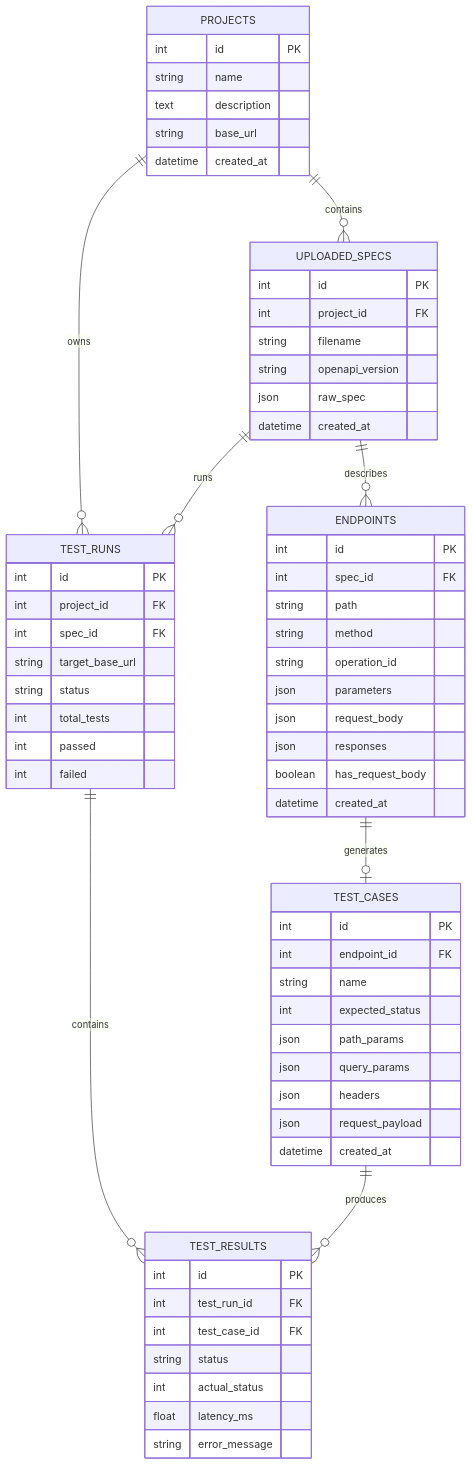
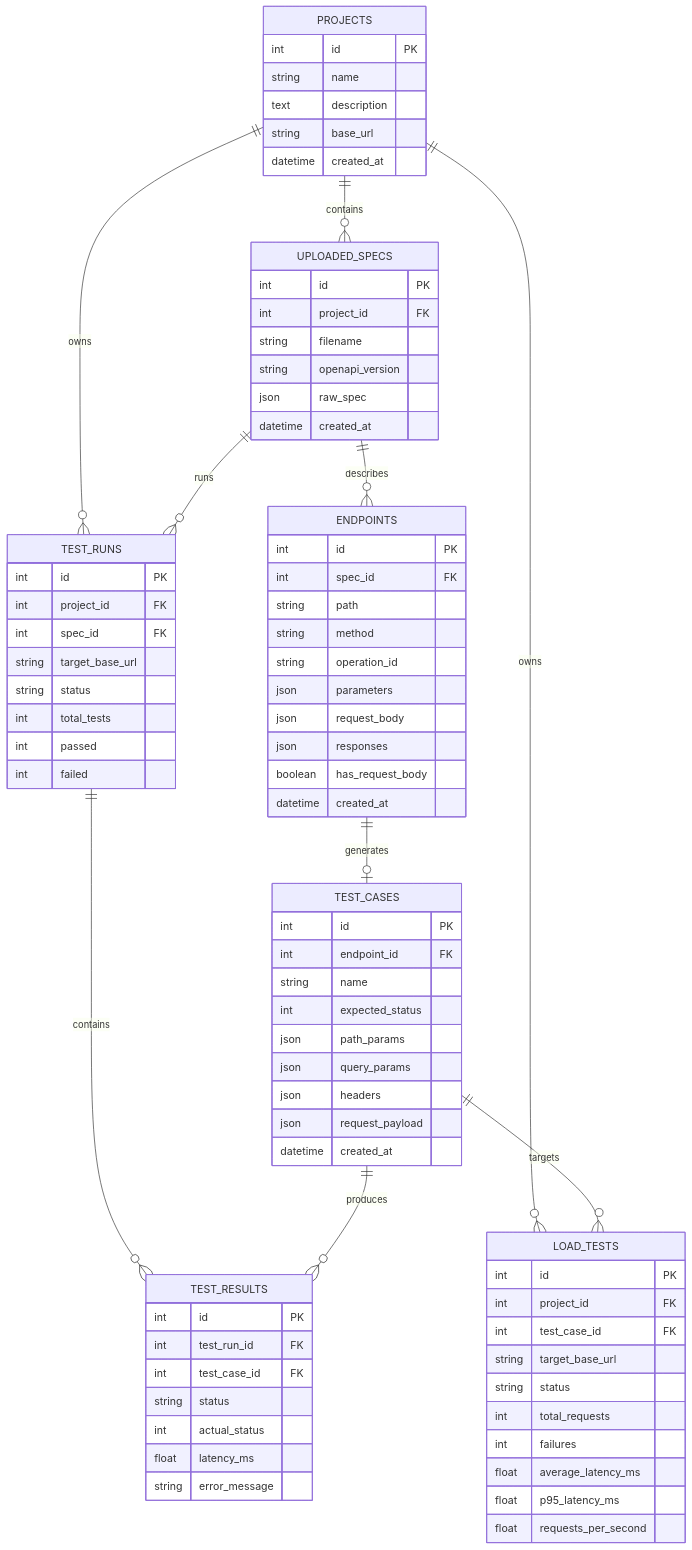
One commit to AdityaT360/specpulse changed the second of 3 diagrams in ARCHITECTURE.md. Above: the diagram before and after it, drawn with Mermaid. The commit also changed other lines of this file and 16 other files, not shown here.

````diff
--- a/ARCHITECTURE.md
+++ b/ARCHITECTURE.md
@@ -60,68 +67,82 @@
 ```mermaid
 erDiagram
     PROJECTS {
         int id PK
         string name
         text description
         string base_url
         datetime created_at
     }
     UPLOADED_SPECS {
         int id PK
         int project_id FK
         string filename
         string openapi_version
         json raw_spec
         datetime created_at
     }
     ENDPOINTS {
         int id PK
         int spec_id FK
         string path
         string method
         string operation_id
         json parameters
         json request_body
         json responses
         boolean has_request_body
         datetime created_at
     }
     TEST_CASES {
         int id PK
         int endpoint_id FK
         string name
         int expected_status
         json path_params
         json query_params
         json headers
         json request_payload
         datetime created_at
     }
     TEST_RUNS {
         int id PK
         int project_id FK
         int spec_id FK
         string target_base_url
         string status
         int total_tests
         int passed
         int failed
     }
     TEST_RESULTS {
         int id PK
         int test_run_id FK
         int test_case_id FK
         string status
         int actual_status
         float latency_ms
         string error_message
     }
+    LOAD_TESTS {
+        int id PK
+        int project_id FK
+        int test_case_id FK
+        string target_base_url
+        string status
+        int total_requests
+        int failures
+        float average_latency_ms
+        float p95_latency_ms
+        float requests_per_second
+    }
 
     PROJECTS ||--o{ UPLOADED_SPECS : contains
     UPLOADED_SPECS ||--o{ ENDPOINTS : describes
     ENDPOINTS ||--o| TEST_CASES : generates
     PROJECTS ||--o{ TEST_RUNS : owns
     UPLOADED_SPECS ||--o{ TEST_RUNS : runs
     TEST_RUNS ||--o{ TEST_RESULTS : contains
     TEST_CASES ||--o{ TEST_RESULTS : produces
+    PROJECTS ||--o{ LOAD_TESTS : owns
+    TEST_CASES ||--o{ LOAD_TESTS : targets
 ```
````
